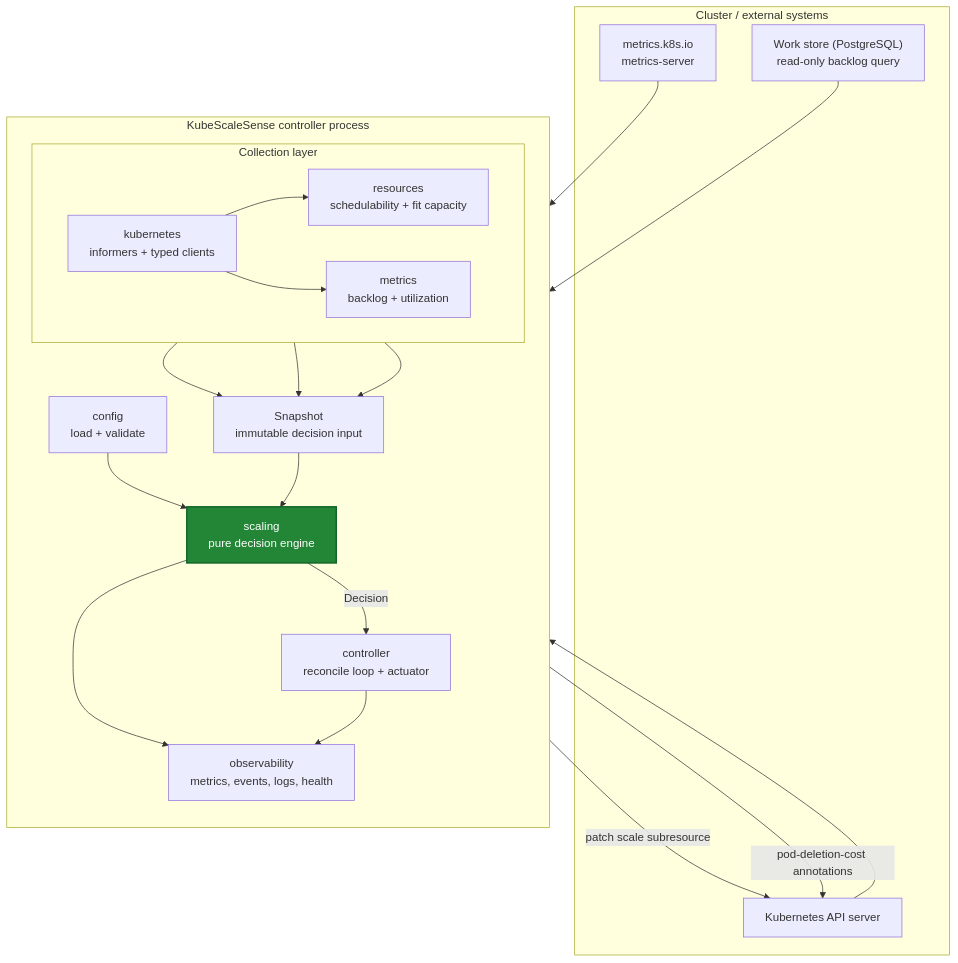
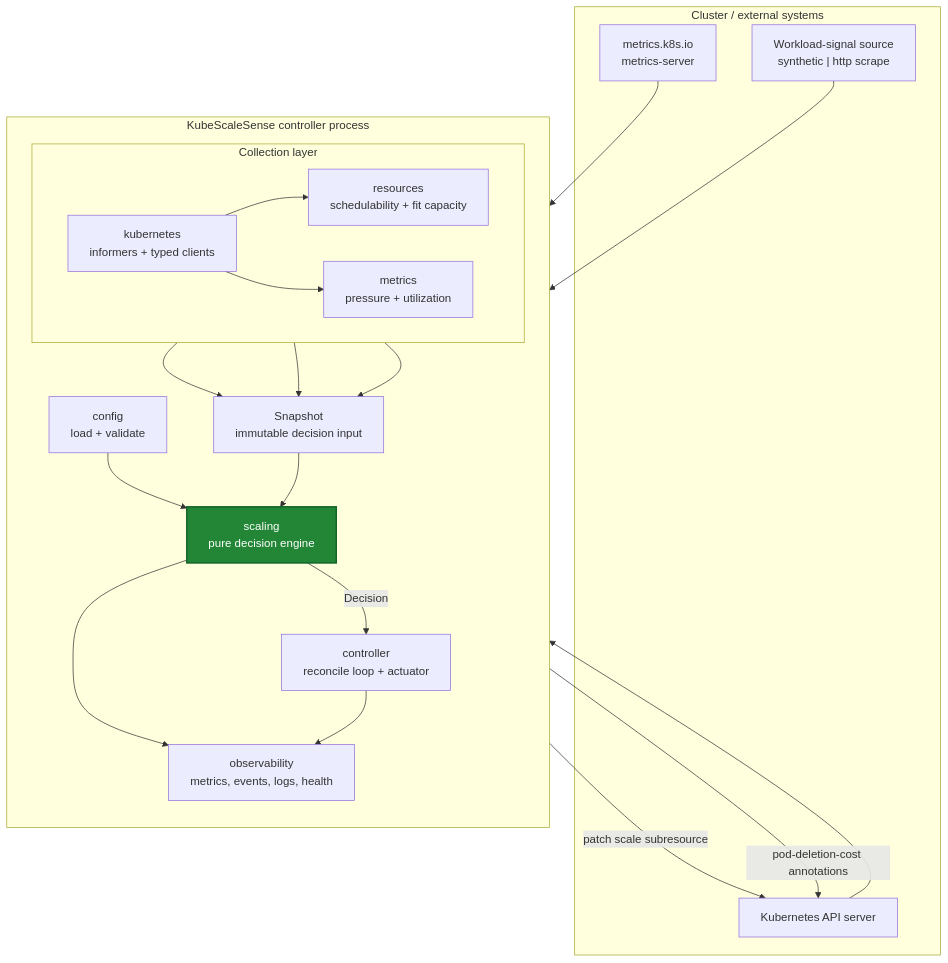
Before and after one commit to jensilin/KubeScaleSense: the second of 7 diagrams in docs/architecture.md, drawn with Mermaid. The commit also changed other lines of this file and 8 other files, not shown here.

Commit message:
docs: simplify KubeScaleSense architecture

````diff
--- a/docs/architecture.md
+++ b/docs/architecture.md
@@ -64,42 +67,42 @@
 ```mermaid
 flowchart TB
     subgraph EXT["Cluster / external systems"]
         API["Kubernetes API server"]
         MS["metrics.k8s.io<br/>metrics-server"]
-        WSTORE["Work store (PostgreSQL)<br/>read-only backlog query"]
+        SIG["Workload-signal source<br/>synthetic | http scrape"]
     end
 
     subgraph KSS["KubeScaleSense controller process"]
         direction TB
         CFG["config<br/>load + validate"]
         subgraph COLLECT["Collection layer"]
             direction LR
             KUBE["kubernetes<br/>informers + typed clients"]
             RES["resources<br/>schedulability + fit capacity"]
-            MET["metrics<br/>backlog + utilization"]
+            MET["metrics<br/>pressure + utilization"]
         end
         SNAP["Snapshot<br/>immutable decision input"]
         ENGINE["scaling<br/>pure decision engine"]
         ACT["controller<br/>reconcile loop + actuator"]
         OBSV["observability<br/>metrics, events, logs, health"]
     end
 
     API --> KUBE
     MS --> MET
-    WSTORE --> MET
+    SIG --> MET
     KUBE --> RES
     KUBE --> MET
     CFG --> ENGINE
     RES --> SNAP
     MET --> SNAP
     KUBE --> SNAP
     SNAP --> ENGINE
     ENGINE -->|Decision| ACT
     ACT -->|"patch scale subresource"| API
     ACT -->|"pod-deletion-cost annotations"| API
     ENGINE --> OBSV
     ACT --> OBSV
 
     classDef pure fill:#238636,color:#fff,stroke:#116329,stroke-width:2px
     class ENGINE pure
 ```
````
